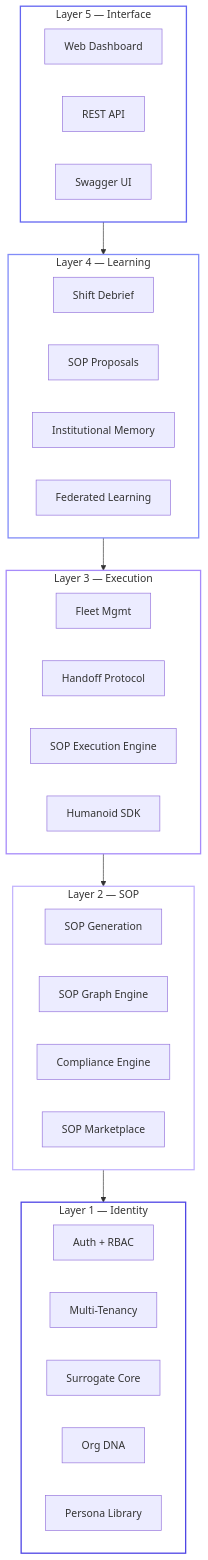
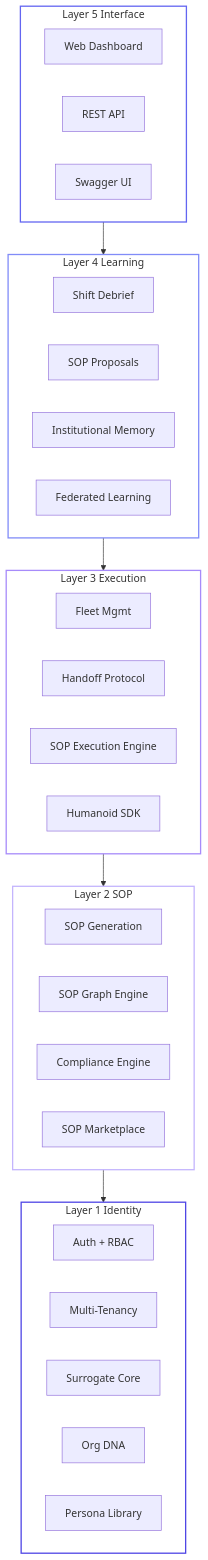
One commit to vishalm/surrogate-os changed the first of 3 diagrams in apps/docs/docs/architecture/overview.md. Above: the diagram before and after it, drawn with Mermaid. The commit also changed other lines of this file and 28 other files, not shown here.

````diff
--- a/apps/docs/docs/architecture/overview.md
+++ b/apps/docs/docs/architecture/overview.md
@@ -36,38 +36,38 @@
 ```mermaid
 graph TB
-    subgraph L5["Layer 5 — Interface"]
+    subgraph L5["Layer 5 Interface"]
         direction LR
         Web["Web Dashboard"] & API["REST API"] & Swagger["Swagger UI"]
     end
 
-    subgraph L4["Layer 4 — Learning"]
+    subgraph L4["Layer 4 Learning"]
         direction LR
         Debrief["Shift Debrief"] & Proposals["SOP Proposals"] & Memory["Institutional Memory"] & Federation["Federated Learning"]
     end
 
-    subgraph L3["Layer 3 — Execution"]
+    subgraph L3["Layer 3 Execution"]
         direction LR
         Fleet["Fleet Mgmt"] & Handoff["Handoff Protocol"] & Exec["SOP Execution Engine"] & Humanoid["Humanoid SDK"]
     end
 
-    subgraph L2["Layer 2 — SOP"]
+    subgraph L2["Layer 2 SOP"]
         direction LR
         SOPGen["SOP Generation"] & SOPGraph["SOP Graph Engine"] & Compliance["Compliance Engine"] & Marketplace["SOP Marketplace"]
     end
 
-    subgraph L1["Layer 1 — Identity"]
+    subgraph L1["Layer 1 Identity"]
         direction LR
         Auth["Auth + RBAC"] & Tenant["Multi-Tenancy"] & Surrogate["Surrogate Core"] & OrgDNA["Org DNA"] & Persona["Persona Library"]
     end
 
     L5 --> L4
     L4 --> L3
     L3 --> L2
     L2 --> L1
 
     style L5 fill:transparent,stroke:#6366f1,stroke-width:2px
     style L4 fill:transparent,stroke:#818cf8,stroke-width:2px
     style L3 fill:transparent,stroke:#a78bfa,stroke-width:2px
     style L2 fill:transparent,stroke:#c4b5fd,stroke-width:2px
     style L1 fill:transparent,stroke:#4f46e5,stroke-width:2px
 ```
````
